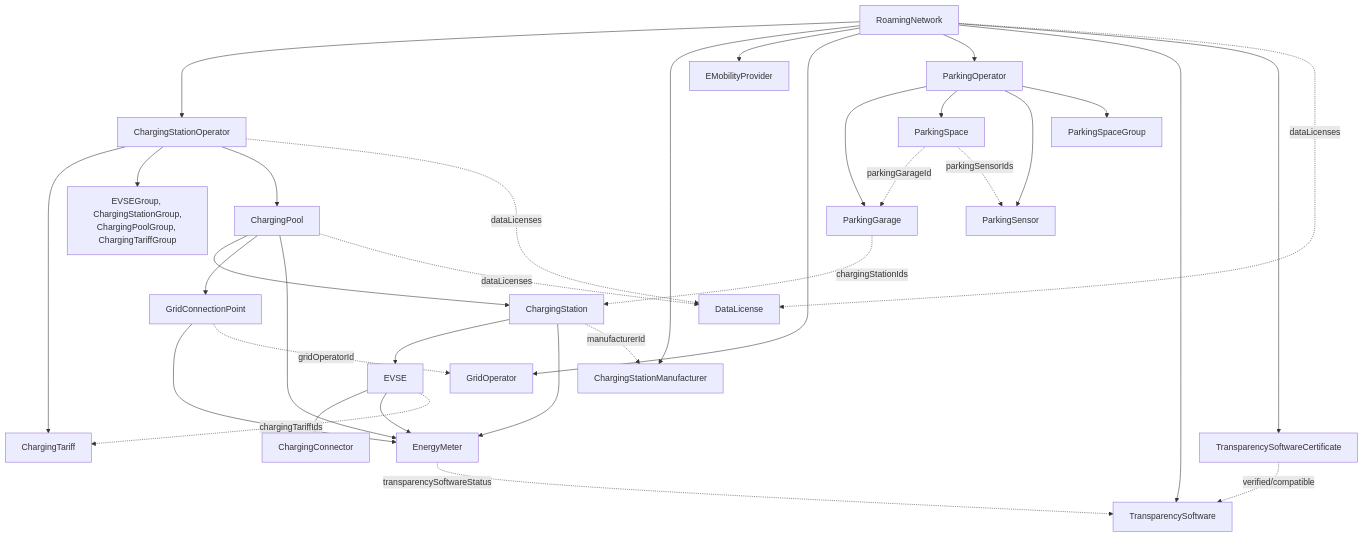
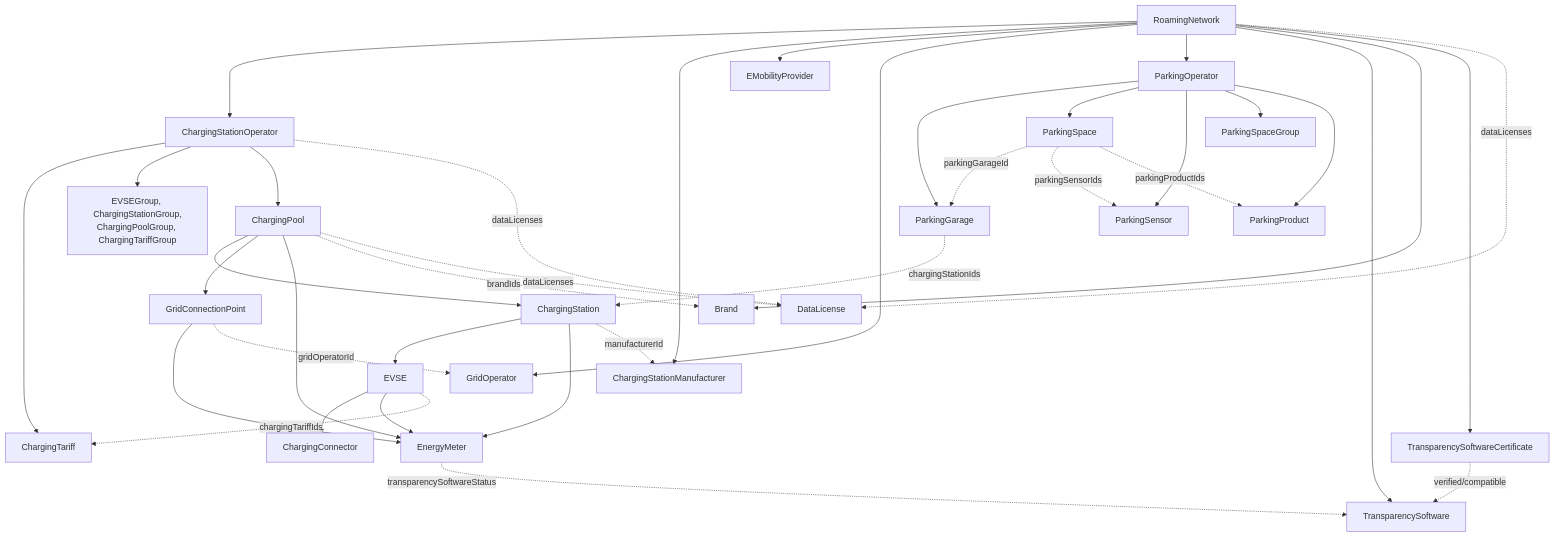
One commit to OpenChargingCloud/WWCP_POI changed the diagram in README.md. Above: the diagram before and after it, drawn with Mermaid. The commit also changed other lines of this file and 35 other files, not shown here.

````diff
--- a/README.md
+++ b/README.md
@@ -18,36 +18,40 @@
 ```mermaid
 flowchart TD
     RoamingNetwork --> ChargingStationOperator
     RoamingNetwork --> ChargingStationManufacturer
     RoamingNetwork --> EMobilityProvider
     RoamingNetwork --> GridOperator
     RoamingNetwork --> ParkingOperator
     RoamingNetwork --> TransparencySoftware
+    RoamingNetwork --> Brand
     RoamingNetwork --> TransparencySoftwareCertificate
     ParkingOperator --> ParkingGarage
     ParkingOperator --> ParkingSpace
     ParkingOperator --> ParkingSensor
     ParkingOperator --> ParkingSpaceGroup
+    ParkingOperator --> ParkingProduct
     ChargingStationOperator --> ChargingTariff
     ChargingStationOperator --> Groups["EVSEGroup, ChargingStationGroup,<br/>ChargingPoolGroup, ChargingTariffGroup"]
     ChargingStationOperator --> ChargingPool
     ChargingPool --> ChargingStation
     ChargingPool --> GridConnectionPoint
     ChargingStation --> EVSE
     EVSE --> ChargingConnector
     ChargingPool --> EnergyMeter
     GridConnectionPoint --> EnergyMeter
     ChargingStation --> EnergyMeter
     EVSE --> EnergyMeter
     ChargingStation -. manufacturerId .-> ChargingStationManufacturer
     GridConnectionPoint -. gridOperatorId .-> GridOperator
     ParkingSpace -. parkingGarageId .-> ParkingGarage
     ParkingSpace -. parkingSensorIds .-> ParkingSensor
     ParkingGarage -. chargingStationIds .-> ChargingStation
+    ParkingSpace -. parkingProductIds .-> ParkingProduct
     EVSE -. chargingTariffIds .-> ChargingTariff
+    ChargingPool -. brandIds .-> Brand
     EnergyMeter -. transparencySoftwareStatus .-> TransparencySoftware
     TransparencySoftwareCertificate -. verified/compatible .-> TransparencySoftware
     RoamingNetwork -. dataLicenses .-> DataLicense
     ChargingStationOperator -. dataLicenses .-> DataLicense
     ChargingPool -. dataLicenses .-> DataLicense
 ```
````
